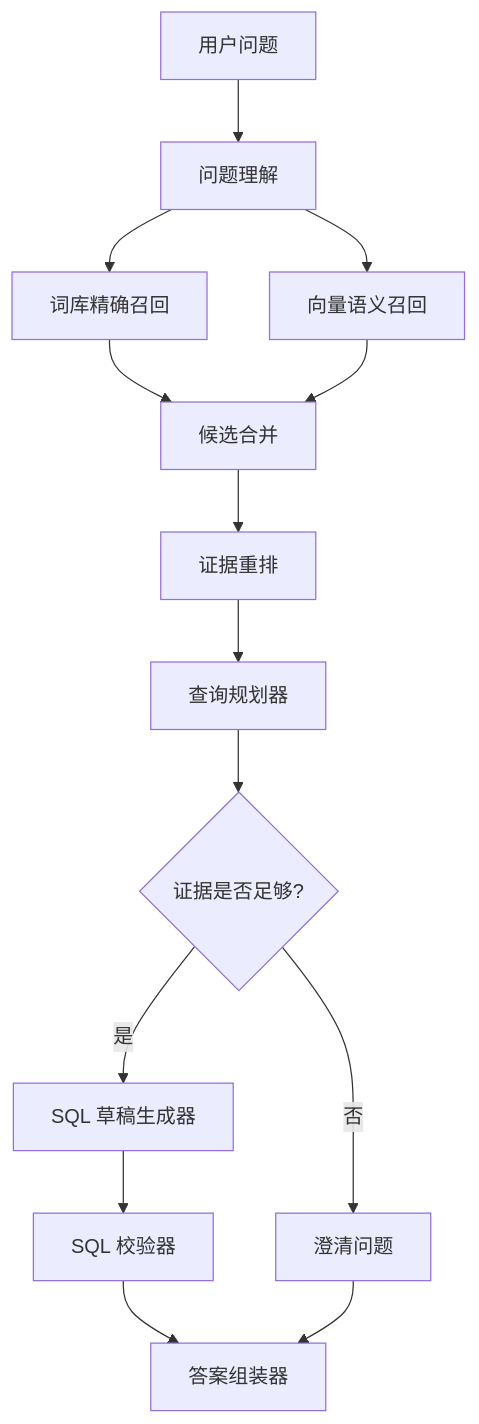
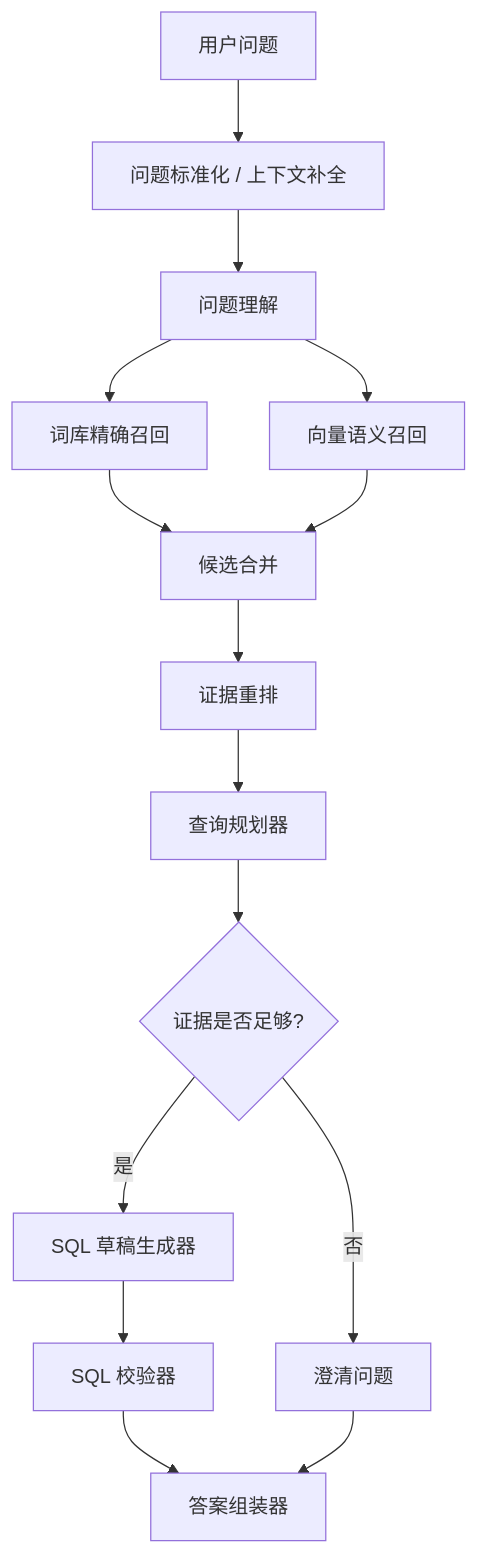
Before and after one commit to xiaoguang/relation-detector: the seventh of 8 diagrams in docs/design/semantic-layer-overall-design.md, drawn with Mermaid. The commit also changed other lines of this file and 3 other files, not shown here.

````diff
--- a/docs/design/semantic-layer-overall-design.md
+++ b/docs/design/semantic-layer-overall-design.md
@@ -1266,16 +1333,17 @@
 ```mermaid
 flowchart TD
-  A["用户问题"] --> B["问题理解"]
+  A["用户问题"] --> N["问题标准化 / 上下文补全"]
+  N --> B["问题理解"]
   B --> C["词库精确召回"]
   B --> D["向量语义召回"]
   C --> E["候选合并"]
   D --> E
   E --> F["证据重排"]
   F --> G["查询规划器"]
   G --> H{"证据是否足够?"}
   H -- "是" --> I["SQL 草稿生成器"]
   I --> J["SQL 校验器"]
   J --> K["答案组装器"]
   H -- "否" --> L["澄清问题"]
   L --> K
 ```
````
